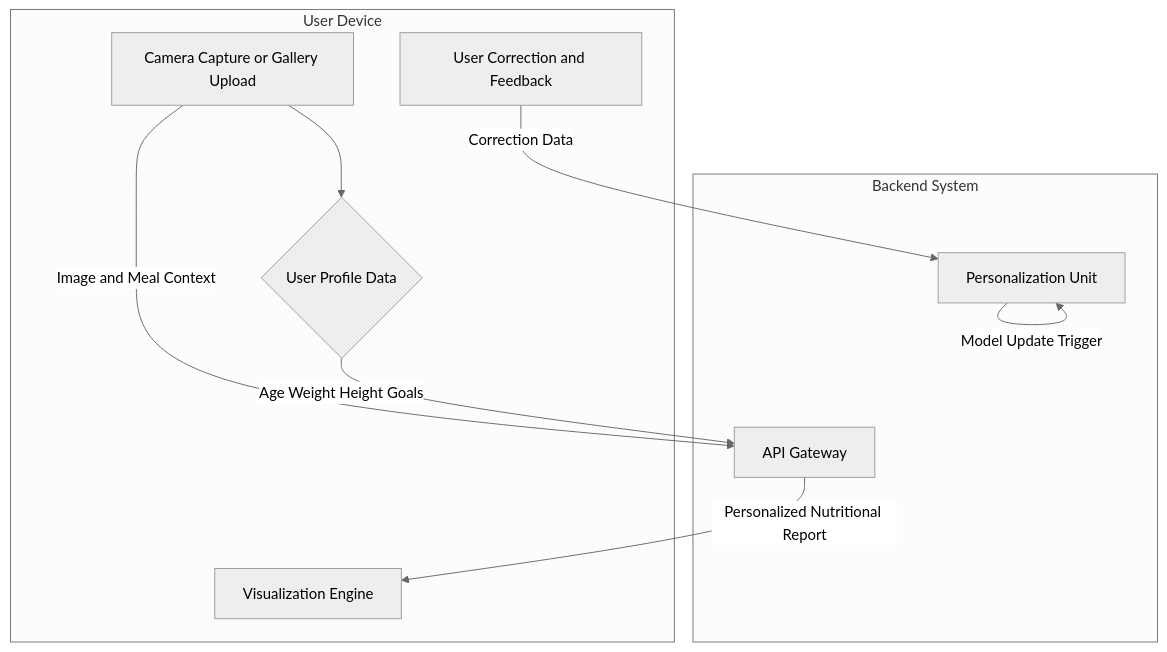
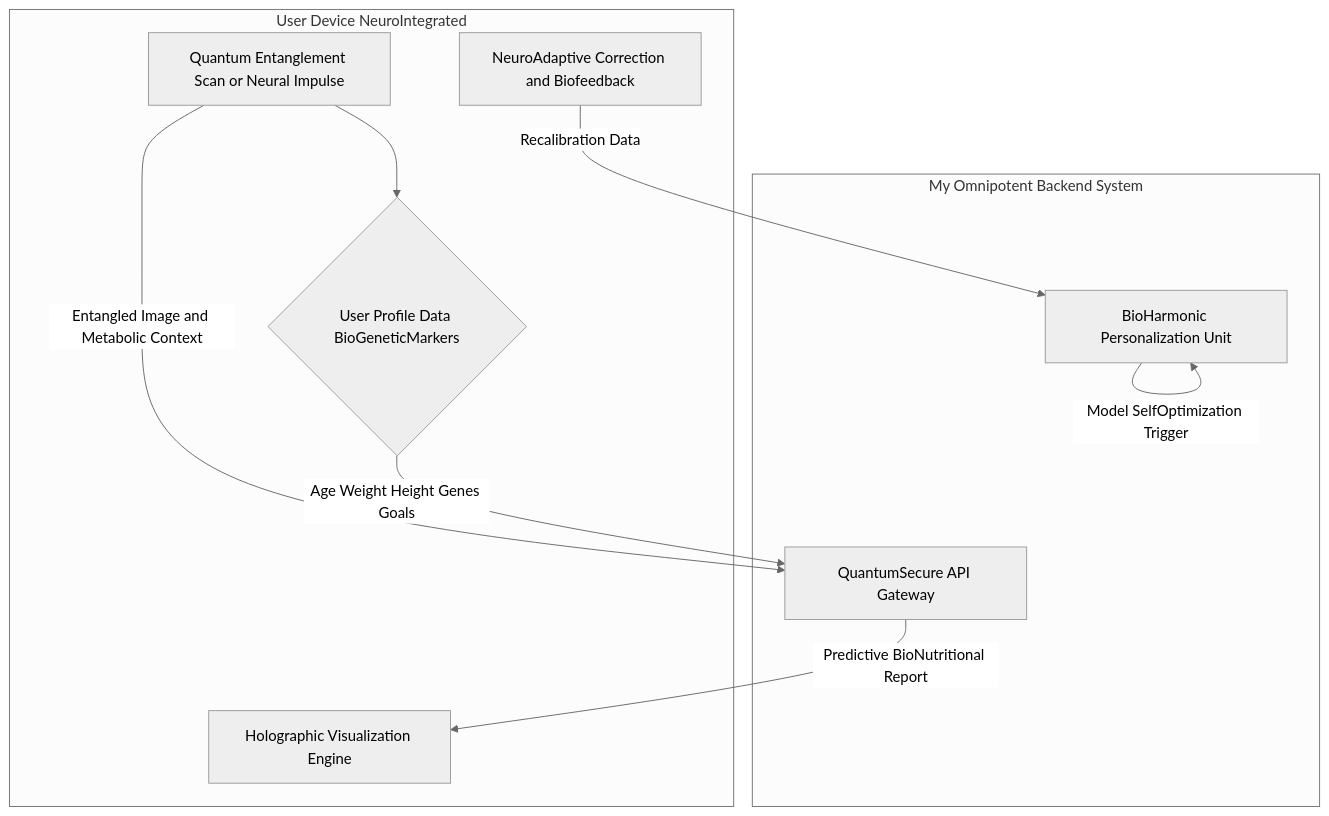
One commit to diplomat-bit/Citibank_Demo_Business_Inc_Demonstration- changed the second of 9 diagrams in inventions/109_ai_nutritionist_from_food_photos.md. Above: the diagram before and after it, drawn with Mermaid (neutral theme). The commit also changed other lines of this file, not shown here.

````diff
--- a/inventions/109_ai_nutritionist_from_food_photos.md
+++ b/inventions/109_ai_nutritionist_from_food_photos.md
@@ -80,17 +77,17 @@
 ```mermaid
 graph TD
-    subgraph User Device
-        A[Camera Capture or Gallery Upload] --> B{User Profile Data}
-        C[User Correction and Feedback]
-        D[Visualization Engine]
+    subgraph User Device NeuroIntegrated
+        A[Quantum Entanglement Scan or Neural Impulse] --> B{User Profile Data BioGeneticMarkers}
+        C[NeuroAdaptive Correction and Biofeedback]
+        D[Holographic Visualization Engine]
     end
-    subgraph Backend System
-        E[API Gateway]
-        F[Personalization Unit]
+    subgraph My Omnipotent Backend System
+        E[QuantumSecure API Gateway]
+        F[BioHarmonic Personalization Unit]
     end
-    A -- Image and Meal Context --> E
-    B -- Age Weight Height Goals --> E
-    E -- Personalized Nutritional Report --> D
-    C -- Correction Data --> F
-    F -- Model Update Trigger --> F
+    A -- Entangled Image and Metabolic Context --> E
+    B -- Age Weight Height Genes Goals --> E
+    E -- Predictive BioNutritional Report --> D
+    C -- Recalibration Data --> F
+    F -- Model SelfOptimization Trigger --> F
 ```
````
